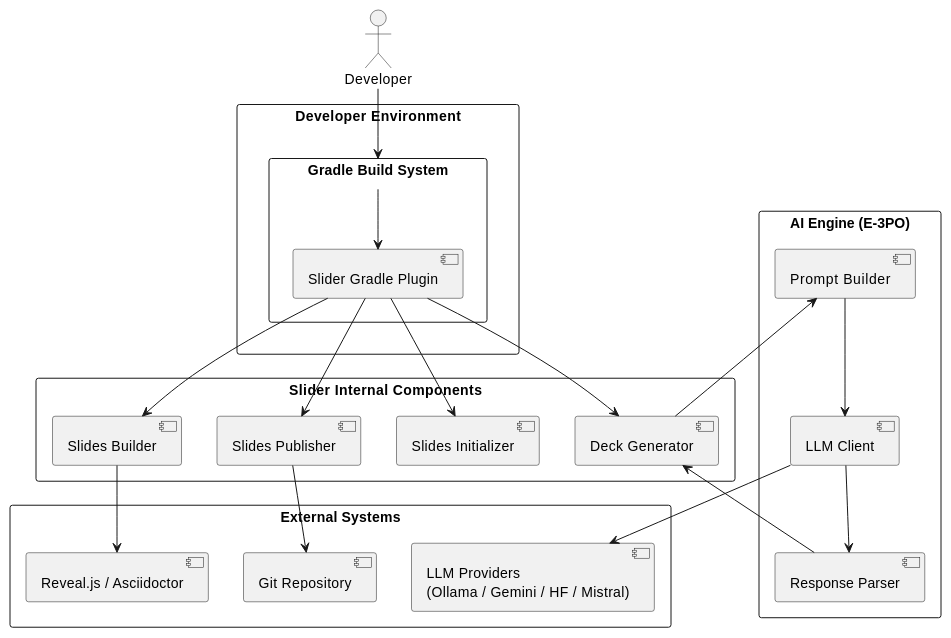
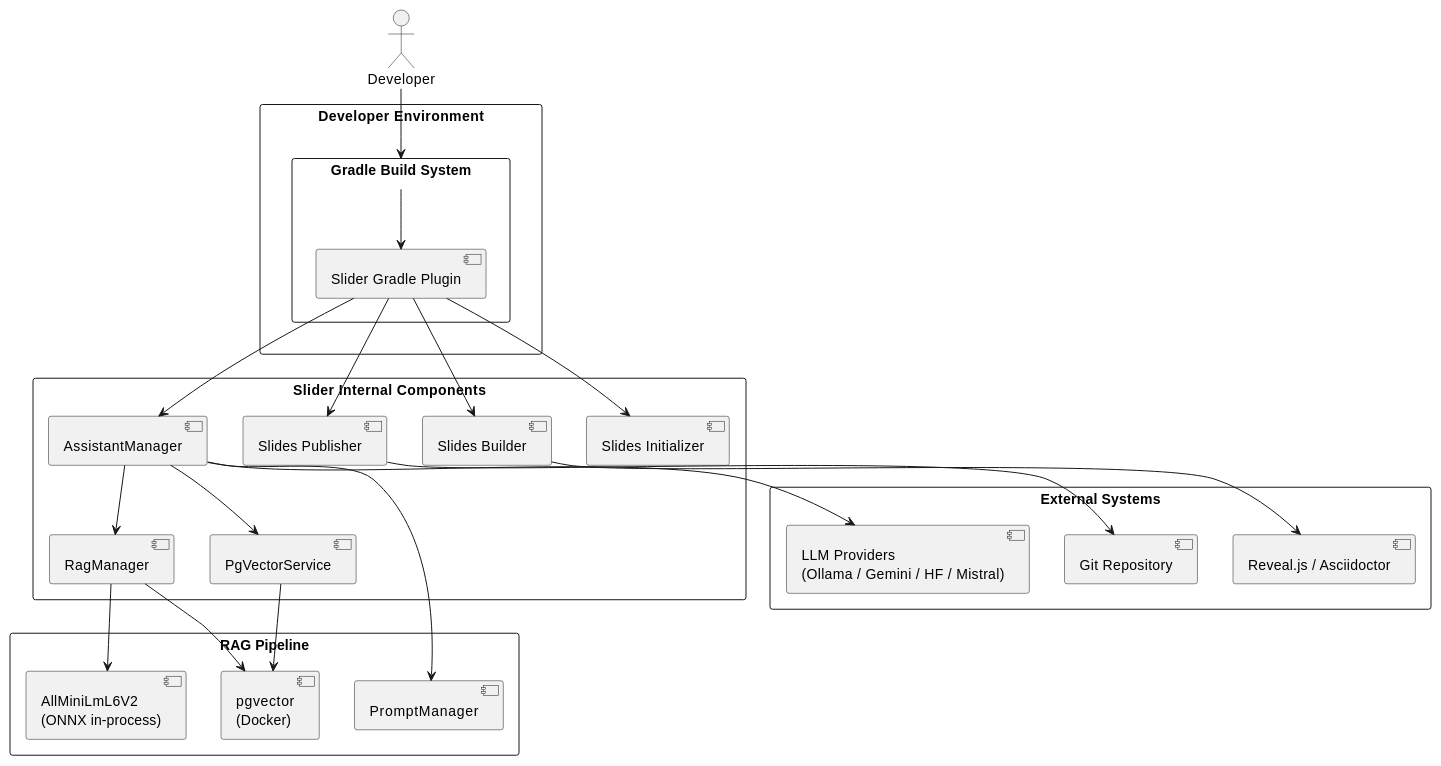
The ninth of 10 diagrams in README_plantuml.adoc (cheroliv/slider-gradle), drawn with PlantUML before and after one commit. The commit also changed other lines of this file and 1 other file, not shown here.

Commit message:
📝 docs(README_plantuml*): update AI generation process and file structure for deck context and generated decks

```diff
--- a/README_plantuml.adoc
+++ b/README_plantuml.adoc
@@ -737,48 +792,53 @@
 [plantuml]
 ....
 @startuml
 actor Developer
 
 rectangle "Developer Environment" {
   rectangle "Gradle Build System" {
     component "Slider Gradle Plugin"
   }
 }
 
 rectangle "Slider Internal Components" {
   component "Slides Initializer"
-  component "Deck Generator"
+  component "AssistantManager"
+  component "RagManager"
+  component "PgVectorService"
   component "Slides Builder"
   component "Slides Publisher"
 }
 
-rectangle "AI Engine (E-3PO)" {
-  component "Prompt Builder"
-  component "LLM Client"
-  component "Response Parser"
+rectangle "RAG Pipeline" {
+  component "AllMiniLmL6V2\n(ONNX in-process)"
+  component "pgvector\n(Docker)"
+  component "PromptManager"
 }
 
 rectangle "External Systems" {
   component "LLM Providers\n(Ollama / Gemini / HF / Mistral)"
   component "Reveal.js / Asciidoctor"
   component "Git Repository"
 }
 
 Developer --> "Gradle Build System"
 "Gradle Build System" --> "Slider Gradle Plugin"
 
 "Slider Gradle Plugin" --> "Slides Initializer"
-"Slider Gradle Plugin" --> "Deck Generator"
+"Slider Gradle Plugin" --> "AssistantManager"
 "Slider Gradle Plugin" --> "Slides Builder"
 "Slider Gradle Plugin" --> "Slides Publisher"
 
-"Deck Generator" --> "Prompt Builder"
-"Prompt Builder" --> "LLM Client"
-"LLM Client" --> "LLM Providers\n(Ollama / Gemini / HF / Mistral)"
-"LLM Client" --> "Response Parser"
-"Response Parser" --> "Deck Generator"
+"AssistantManager" --> "RagManager"
+"AssistantManager" --> "PgVectorService"
+"AssistantManager" --> "PromptManager"
+"AssistantManager" --> "LLM Providers\n(Ollama / Gemini / HF / Mistral)"
+
+"RagManager" --> "AllMiniLmL6V2\n(ONNX in-process)"
+"RagManager" --> "pgvector\n(Docker)"
+"PgVectorService" --> "pgvector\n(Docker)"
 
 "Slides Builder" --> "Reveal.js / Asciidoctor"
 "Slides Publisher" --> "Git Repository"
 @enduml
 ....
```
